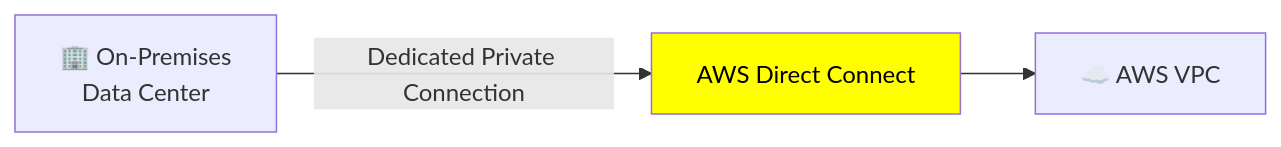
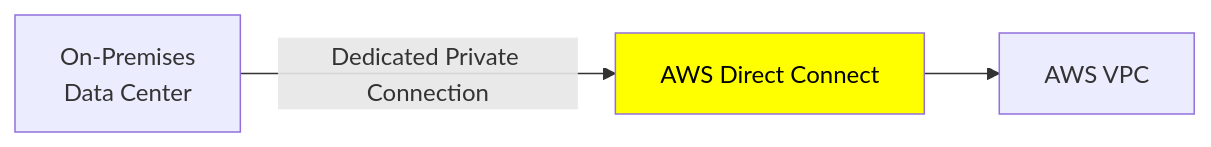
One commit to Manisha-sharda-Prasad/cloud-engineering changed the diagram in doc/2026/07_01_AWS_cloud_computing/05_module-networking.md. Above: the diagram before and after it, drawn with Mermaid.

Commit message:
CAP, PACELC

````diff
--- a/doc/2026/07_01_AWS_cloud_computing/05_module-networking.md
+++ b/doc/2026/07_01_AWS_cloud_computing/05_module-networking.md
@@ -47,6 +47,6 @@
 ```mermaid
 flowchart LR
-    A[🏢 On-Premises<br/>Data Center] -->|Dedicated Private Connection| B[AWS Direct Connect]
-    B --> C[☁️ AWS VPC]
+    A[On-Premises<br/>Data Center] -->|Dedicated Private Connection| B[AWS Direct Connect]
+    B --> C[AWS VPC]
     style B fill:yellow,color:black
 ```
````
